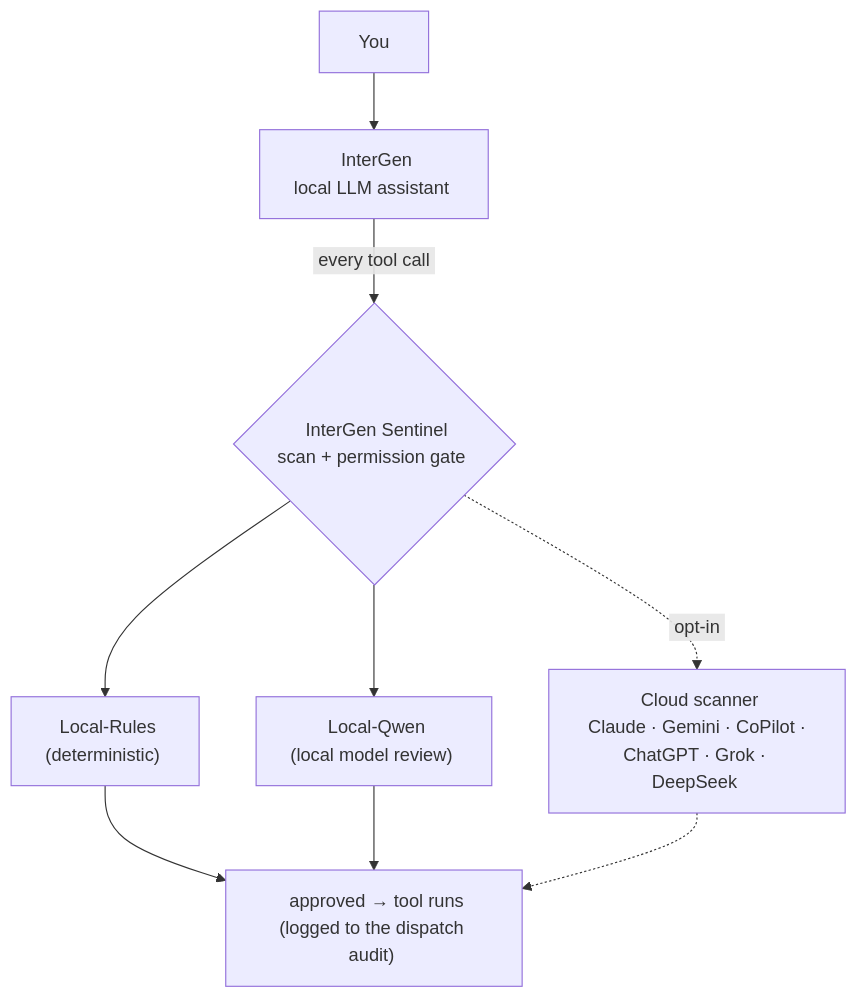
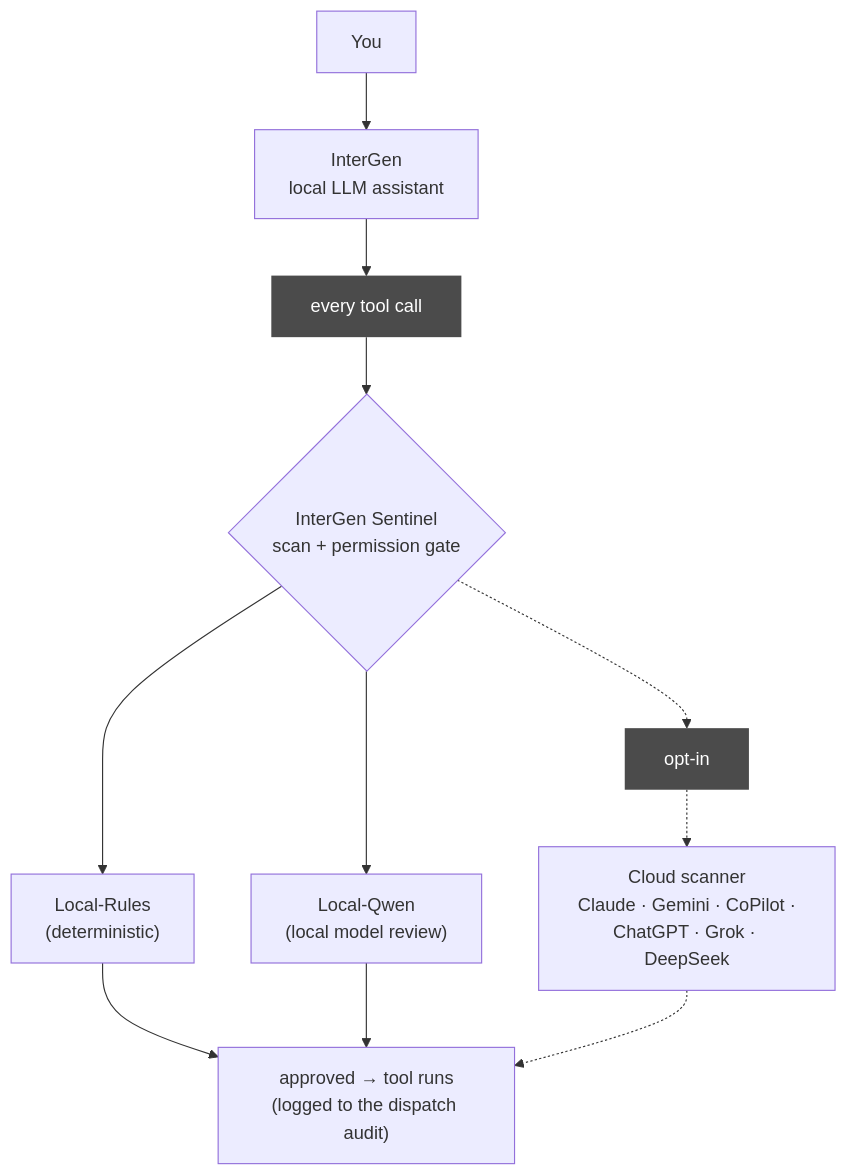
The second of 3 diagrams in README.md (InterGenJLU/intergenos), drawn with Mermaid before and after one commit. The commit also changed other lines of this file, not shown here.

Commit message:
docs(readme): boot-chain and Sentinel chart labels render as padded chips — README.md
The renderer that draws these charts stopped honoring the invisible
spacer characters the edge labels relied on for padding, leaving label
text flush against its background. Edge labels on the two affected
charts become label nodes with a solid fill and inner spacing, which
carry native padding; the build-phases chart has no edge labels and is
unchanged.

````diff
--- a/README.md
+++ b/README.md
@@ -91,11 +93,13 @@
 ```mermaid
 flowchart TD
-    U["&nbsp;You&nbsp;"] --> IG["&nbsp;InterGen<br/>local LLM assistant&nbsp;"]
-    IG -->|&nbsp;every tool call&nbsp;| SEN{"&nbsp;InterGen Sentinel<br/>scan + permission gate&nbsp;"}
-    SEN --> LR["&nbsp;Local-Rules<br/>(deterministic)&nbsp;"]
-    SEN --> LQ["&nbsp;Local-Qwen<br/>(local model review)&nbsp;"]
-    SEN -. &nbsp;opt-in&nbsp; .-> CL["&nbsp;Cloud scanner<br/>Claude · Gemini · CoPilot ·<br/>ChatGPT · Grok · DeepSeek&nbsp;"]
-    LR --> RUN["&nbsp;approved → tool runs<br/>(logged to the dispatch audit)&nbsp;"]
+    U["You"] --> IG["InterGen<br/>local LLM assistant"]
+    IG --> T1["&nbsp;every tool call&nbsp;"] --> SEN{"InterGen Sentinel<br/>scan + permission gate"}
+    SEN --> LR["Local-Rules<br/>(deterministic)"]
+    SEN --> LQ["Local-Qwen<br/>(local model review)"]
+    SEN -.-> T2["&nbsp;opt-in&nbsp;"] -.-> CL["Cloud scanner<br/>Claude · Gemini · CoPilot ·<br/>ChatGPT · Grok · DeepSeek"]
+    LR --> RUN["approved → tool runs<br/>(logged to the dispatch audit)"]
     LQ --> RUN
     CL -.-> RUN
+    classDef lab fill:#4b4b4b,color:#ffffff,stroke:none;
+    class T1,T2 lab;
 ```
````
